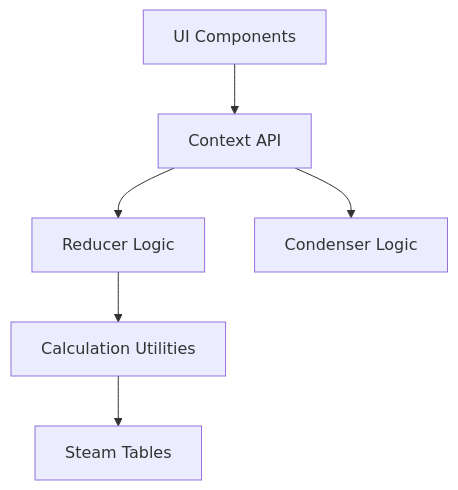
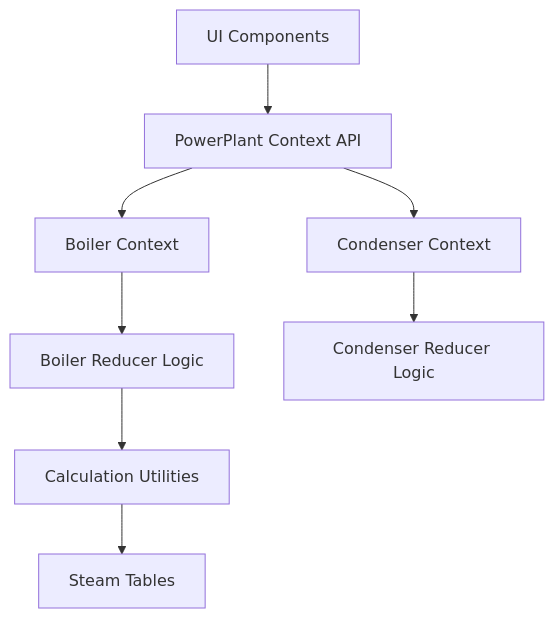
One commit to NarubyRiverlione/steamboiler changed the first of 4 diagrams in memory-bank/systemPatterns.md. Above: the diagram before and after it, drawn with Mermaid. The commit also changed other lines of this file and 1 other file, not shown here.

````diff
--- a/memory-bank/systemPatterns.md
+++ b/memory-bank/systemPatterns.md
@@ -7,8 +7,10 @@
 ```mermaid
 flowchart TD
-    UI[UI Components] --> Context[Context API]
-    Context --> Reducer[Reducer Logic]
-    Reducer --> Calculations[Calculation Utilities]
+    UI[UI Components] --> PowerPlantContext[PowerPlant Context API]
+    PowerPlantContext --> BoilerContext[Boiler Context]
+    PowerPlantContext --> CondenserContext[Condenser Context]
+    BoilerContext --> BoilerReducer[Boiler Reducer Logic]
+    CondenserContext --> CondenserReducer[Condenser Reducer Logic]
+    BoilerReducer --> Calculations[Calculation Utilities]
     Calculations --> SteamTables[Steam Tables]
-    Context --> Condenser[Condenser Logic]
 ```
````
